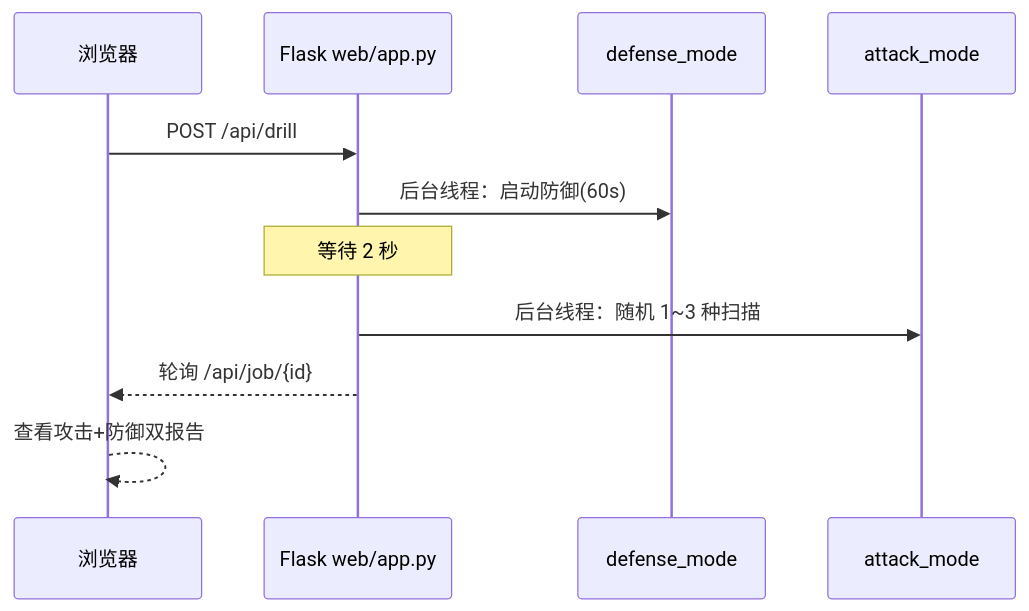
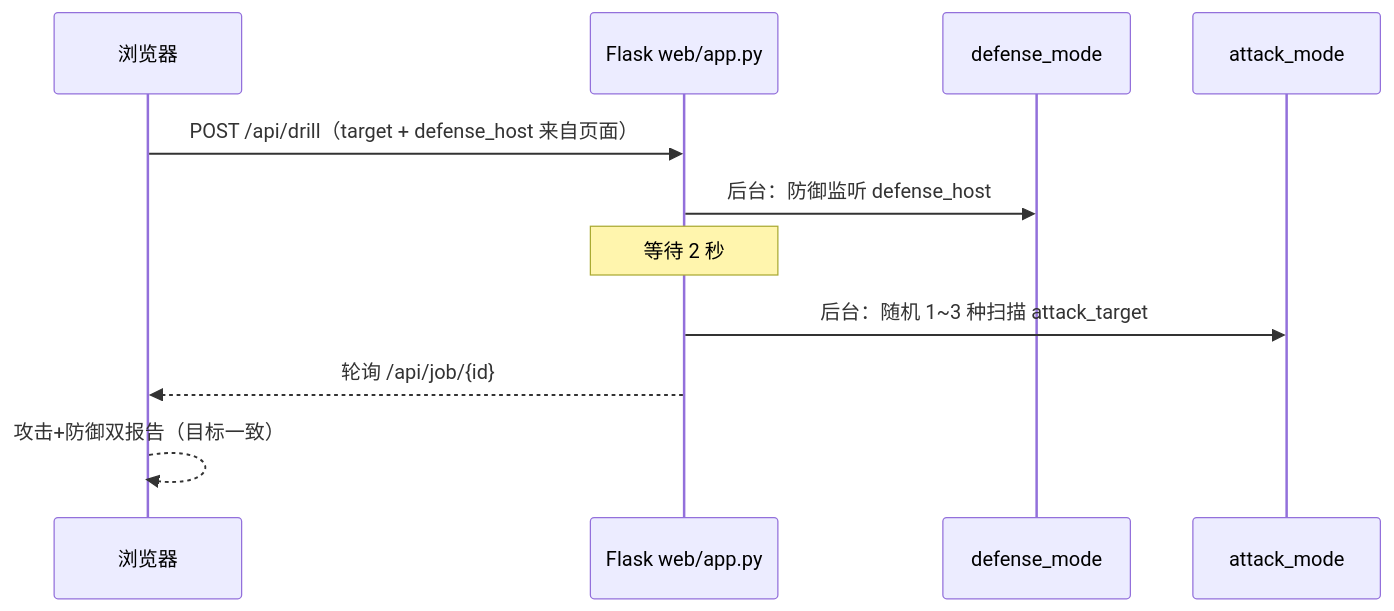
One commit to llg23456/insightscan changed the fourth of 5 diagrams in InsightScan_项目说明.md. Above: the diagram before and after it, drawn with Mermaid. The commit also changed other lines of this file and 2 other files, not shown here.

````diff
--- a/InsightScan_项目说明.md
+++ b/InsightScan_项目说明.md
@@ -133,14 +139,14 @@
 ```mermaid
 sequenceDiagram
     participant B as 浏览器
     participant F as Flask web/app.py
     participant DEF as defense_mode
     participant ATK as attack_mode
 
-    B->>F: POST /api/drill
-    F->>DEF: 后台线程：启动防御(60s)
+    B->>F: POST /api/drill（target + defense_host 来自页面）
+    F->>DEF: 后台：防御监听 defense_host
     Note over F: 等待 2 秒
-    F->>ATK: 后台线程：随机 1~3 种扫描
+    F->>ATK: 后台：随机 1~3 种扫描 attack_target
     F-->>B: 轮询 /api/job/{id}
-    B-->>B: 查看攻击+防御双报告
+    B-->>B: 攻击+防御双报告（目标一致）
 ```
````
